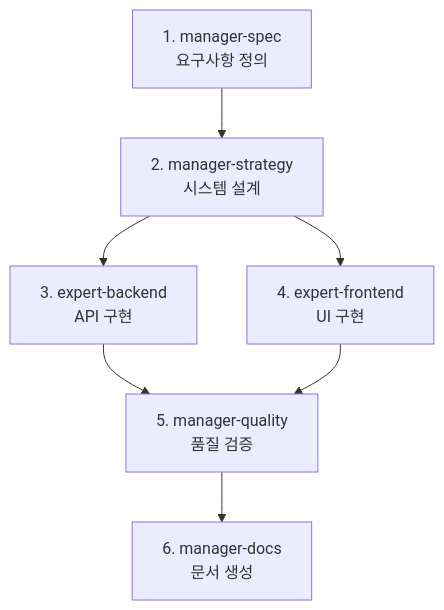
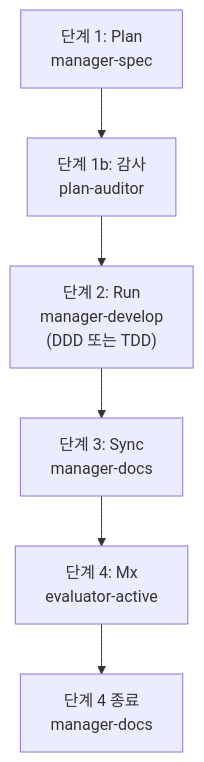
One commit to modu-ai/moai-adk changed the fourth of 4 diagrams in docs-site/content/ko/advanced/agent-guide.md. Above: the diagram before and after it, drawn with Mermaid. The commit also changed other lines of this file and 153 other files, not shown here.

````diff
--- a/docs-site/content/ko/advanced/agent-guide.md
+++ b/docs-site/content/ko/advanced/agent-guide.md
@@ -364,9 +284,8 @@
 ```mermaid
 flowchart TD
-    A["1. manager-spec<br>요구사항 정의"] --> B["2. manager-strategy<br>시스템 설계"]
-    B --> C["3. expert-backend<br>API 구현"]
-    B --> D["4. expert-frontend<br>UI 구현"]
-    C --> E["5. manager-quality<br>품질 검증"]
-    D --> E
-    E --> F["6. manager-docs<br>문서 생성"]
+    A["단계 1: Plan<br>manager-spec"] --> B["단계 1b: 감사<br>plan-auditor"]
+    B --> C["단계 2: Run<br>manager-develop<br>(DDD 또는 TDD)"]
+    C --> D["단계 3: Sync<br>manager-docs"]
+    D --> E["단계 4: Mx<br>evaluator-active"]
+    E --> F["단계 4 종료<br>manager-docs"]
 ```
````
